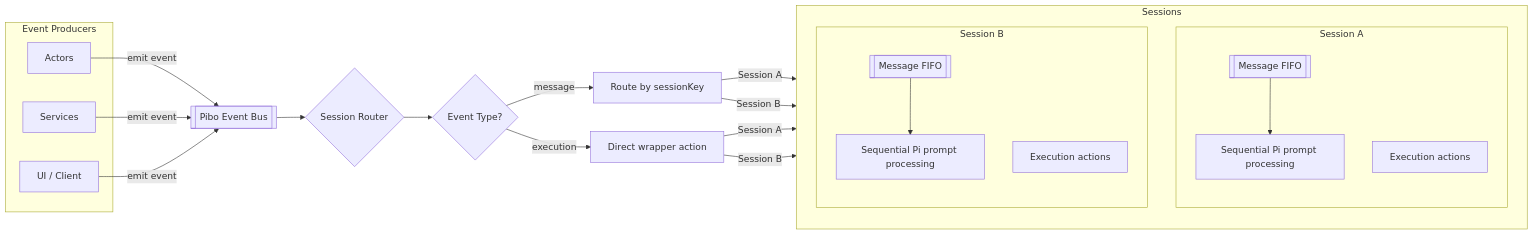
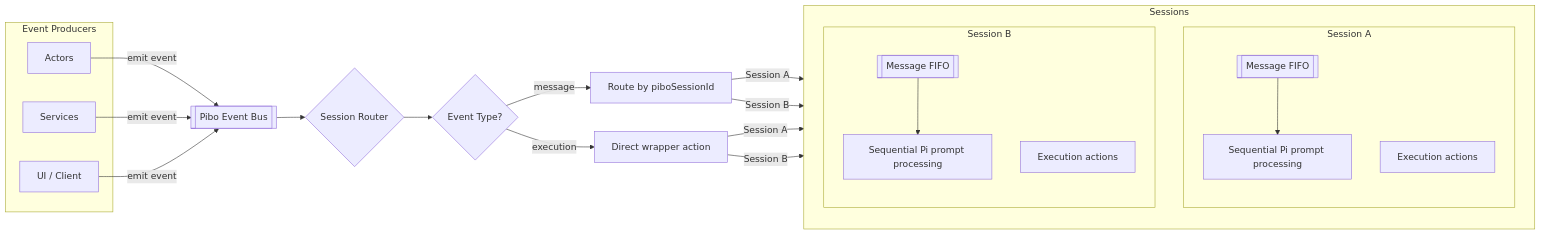
Before and after one commit to Pascapone-server/pibo: the second of 2 diagrams in docs/progress.md, drawn with Mermaid. The commit also changed other lines of this file and 67 other files, not shown here.

````diff
--- a/docs/progress.md
+++ b/docs/progress.md
@@ -165,48 +171,48 @@
 ```mermaid
 flowchart LR
     subgraph Producers[Event Producers]
         A[Actors]
         S[Services]
         UI[UI / Client]
     end
 
     BUS[[Pibo Event Bus]]
     ROUTER{Session Router}
     TYPE{Event Type?}
 
     subgraph Sessions[Sessions]
         direction TB
 
         subgraph SessionA[Session A]
             direction TB
             QA[[Message FIFO]]
             PA[Sequential Pi prompt processing]
             EA[Execution actions]
             QA --> PA
         end
 
         subgraph SessionB[Session B]
             direction TB
             QB[[Message FIFO]]
             PB[Sequential Pi prompt processing]
             EB[Execution actions]
             QB --> PB
         end
     end
 
     A -->|emit event| BUS
     S -->|emit event| BUS
     UI -->|emit event| BUS
 
     BUS --> ROUTER
     ROUTER --> TYPE
 
-    TYPE -->|message| MRoute[Route by sessionKey]
+    TYPE -->|message| MRoute[Route by piboSessionId]
     TYPE -->|execution| ERoute[Direct wrapper action]
 
     MRoute -->|Session A| QA
     MRoute -->|Session B| QB
 
     ERoute -->|Session A| EA
     ERoute -->|Session B| EB
 ```
````
